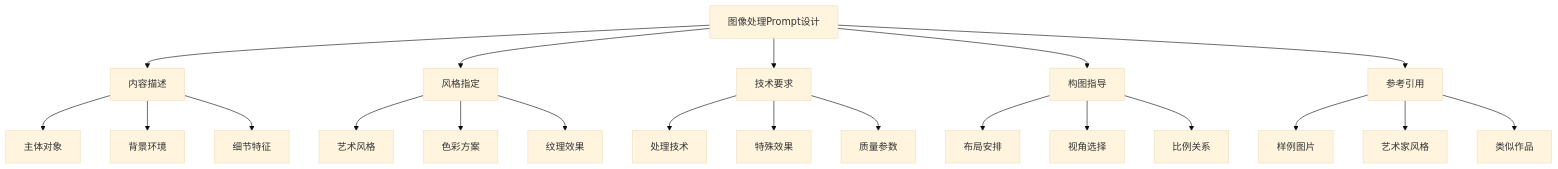
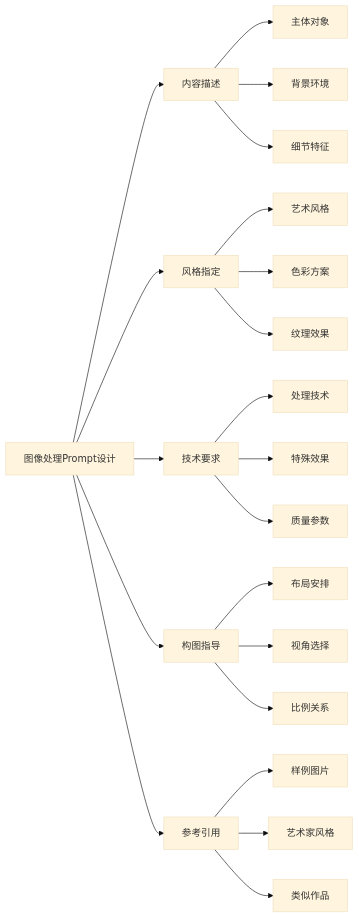
Diagram 33 of 44 in doc/第3章 Prompt 提示词工程最佳实践与效果评估优化.md (AIGeniusInstitute/AI-Agent-In-Action-LLM-based-Application-Guide-for-Enterprise-Development2), drawn with Mermaid (base theme) before and after one commit. The commit also changed other lines of this file and 12 other files, not shown here.

````diff
--- a/doc/第3章 Prompt 提示词工程最佳实践与效果评估优化.md
+++ b/doc/第3章 Prompt 提示词工程最佳实践与效果评估优化.md
@@ -2618,23 +2620,23 @@
 ```mermaid
-graph TD
+graph LR
     A[图像处理Prompt设计] --> B[内容描述]
     A --> C[风格指定]
     A --> D[技术要求]
     A --> E[构图指导]
     A --> F[参考引用]
     B --> G[主体对象]
     B --> H[背景环境]
     B --> I[细节特征]
     C --> J[艺术风格]
     C --> K[色彩方案]
     C --> L[纹理效果]
     D --> M[处理技术]
     D --> N[特殊效果]
     D --> O[质量参数]
     E --> P[布局安排]
     E --> Q[视角选择]
     E --> R[比例关系]
     F --> S[样例图片]
     F --> T[艺术家风格]
     F --> U[类似作品]
 ```
````
